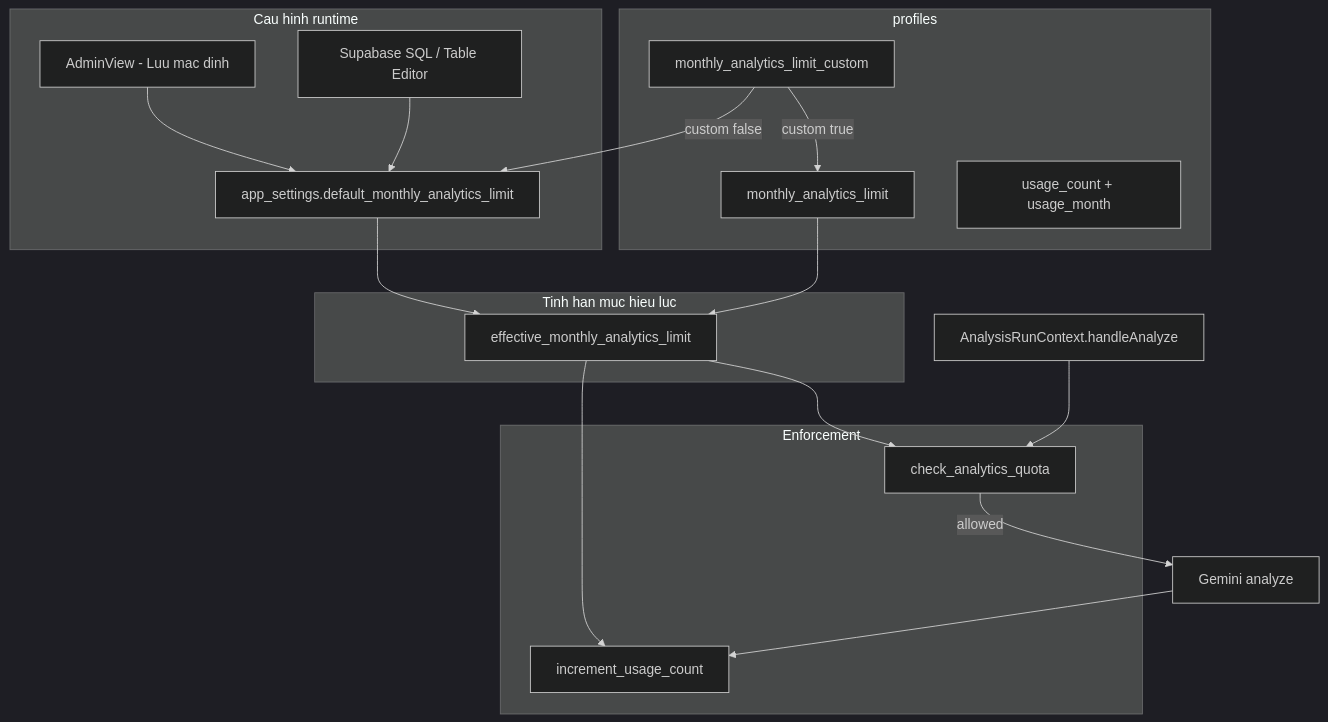
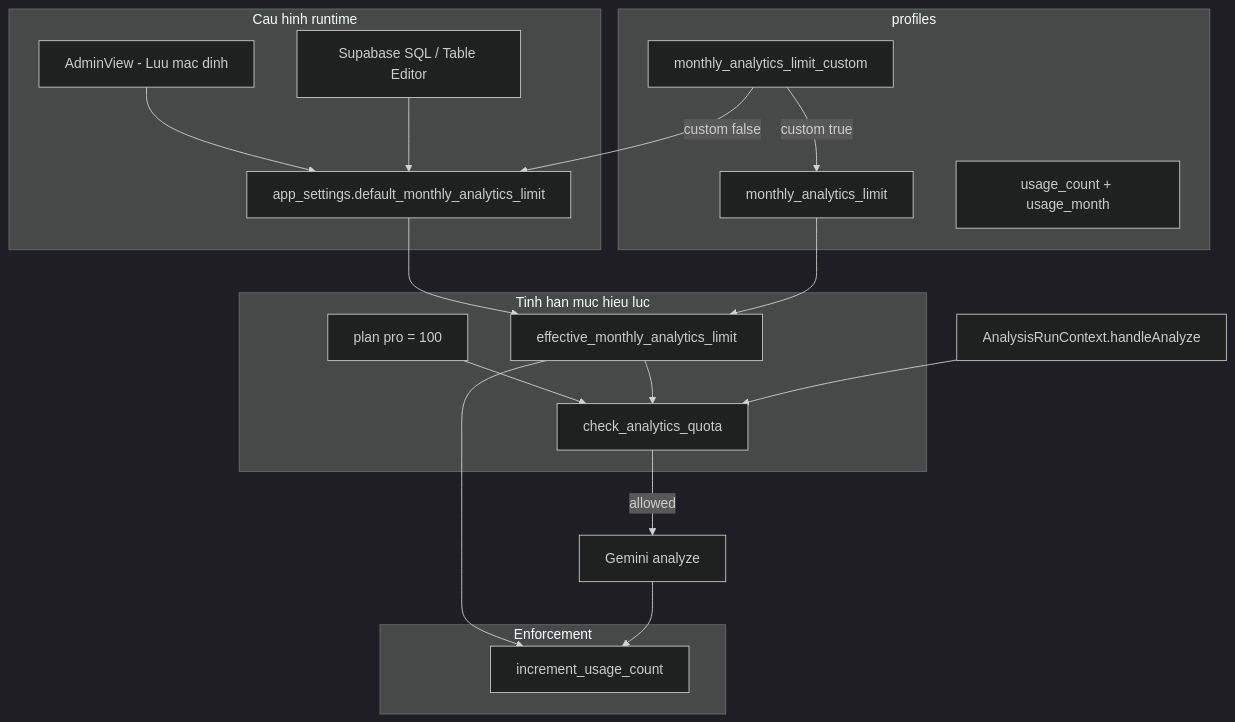
Before and after one commit to nghiepnguyen/CVCompareTN: the diagram in docs/8_analytics.md, drawn with Mermaid (dark theme). The commit also changed other lines of this file and 32 other files, not shown here.

First line of the commit message:
Add PayOS Pro subscription with plan limits and checkout flow.

````diff
--- a/docs/8_analytics.md
+++ b/docs/8_analytics.md
@@ -139,31 +154,33 @@
 ```mermaid
 flowchart TD
   subgraph config [Cau hinh runtime]
     AS[app_settings.default_monthly_analytics_limit]
     AdminUI[AdminView - Luu mac dinh]
     SQL[Supabase SQL / Table Editor]
     AdminUI --> AS
     SQL --> AS
   end
   subgraph profile [profiles]
     P[monthly_analytics_limit_custom]
     L[monthly_analytics_limit]
     U[usage_count + usage_month]
   end
   subgraph resolve [Tinh han muc hieu luc]
+    PLAN[plan pro = 100]
     EFF[effective_monthly_analytics_limit]
     P -->|custom false| AS
     P -->|custom true| L
     AS --> EFF
     L --> EFF
+    PLAN --> CHK
   end
   subgraph enforce [Enforcement]
     CHK[check_analytics_quota]
     INC[increment_usage_count]
     EFF --> CHK
     EFF --> INC
   end
   Client[AnalysisRunContext.handleAnalyze] --> CHK
   CHK -->|allowed| AI[Gemini analyze]
   AI --> INC
 ```
````
